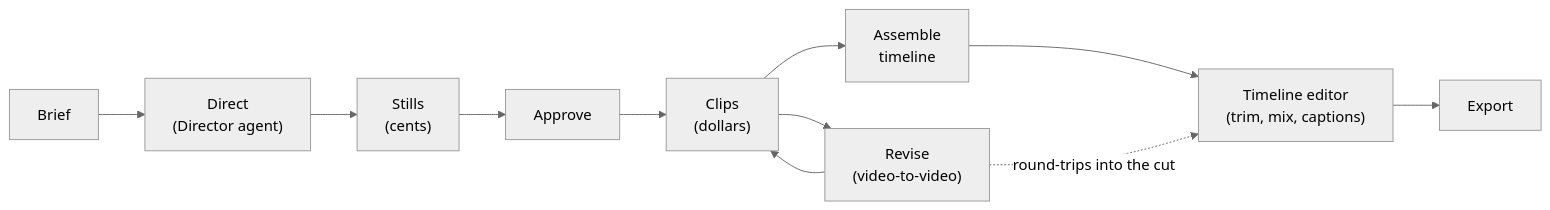
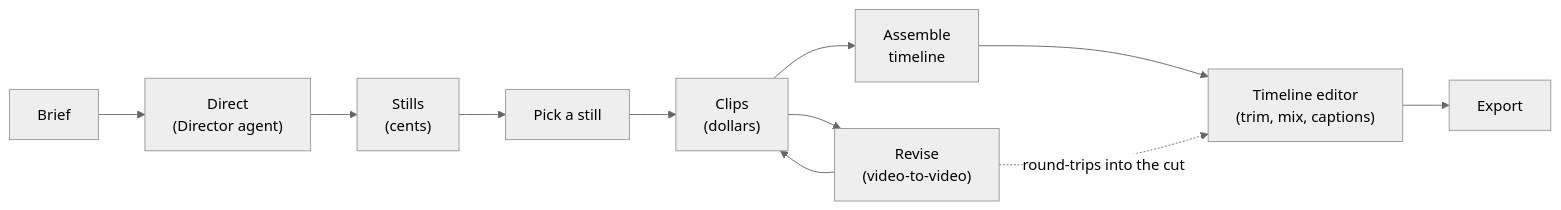
The diagram in docs/creative-agent.md (nodetool-ai/nodetool), drawn with Mermaid (neutral theme) before and after one commit. The commit also changed other lines of this file and 17 other files, not shown here.

```diff
--- a/docs/creative-agent.md
+++ b/docs/creative-agent.md
@@ -21,15 +21,15 @@
 {% mermaid %}
 graph LR
   brief["Brief"]
   direct["Direct<br/>(Director agent)"]
   stills["Stills<br/>(cents)"]
-  approve["Approve"]
+  pick["Pick a still"]
   clips["Clips<br/>(dollars)"]
   revise["Revise<br/>(video-to-video)"]
   assemble["Assemble<br/>timeline"]
   nle["Timeline editor<br/>(trim, mix, captions)"]
   export["Export"]
-  brief --> direct --> stills --> approve --> clips --> assemble --> nle --> export
+  brief --> direct --> stills --> pick --> clips --> assemble --> nle --> export
   clips --> revise --> clips
   revise -. "round-trips into the cut" .-> nle
 {% endmermaid %}
```
